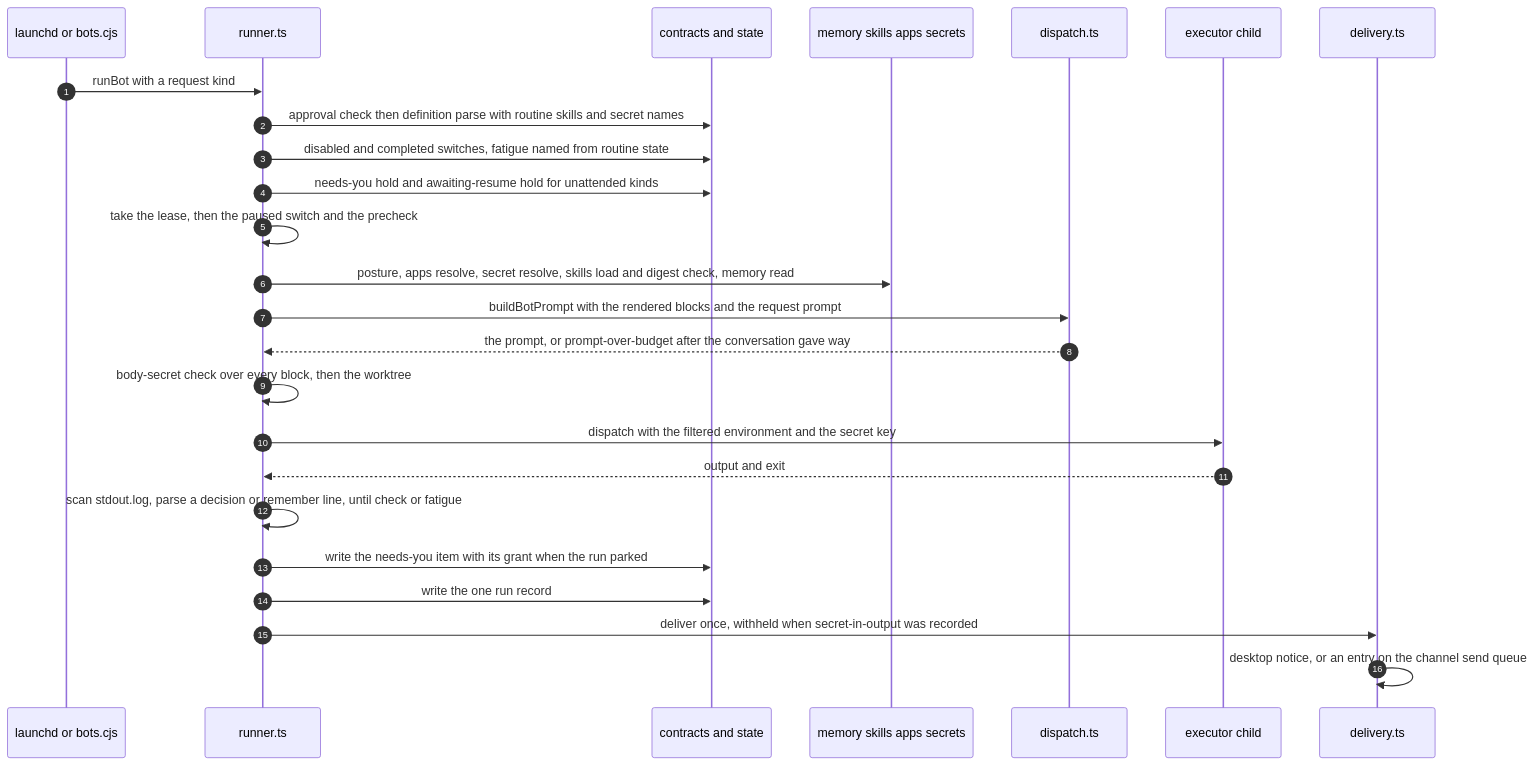
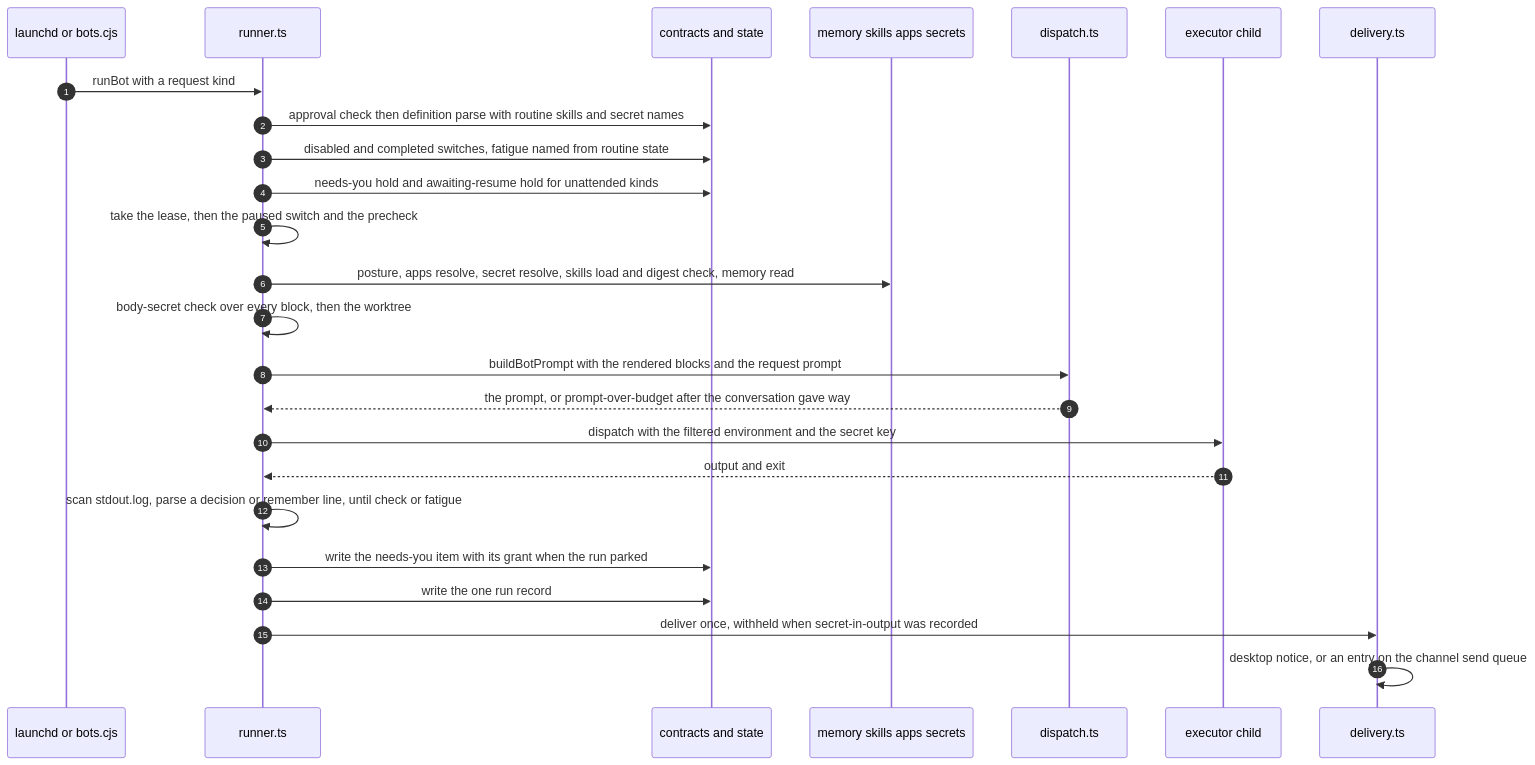
Before and after one commit to MichelKerkmeester/skilled-agent-harness_spec-driven-loops: the first of 4 diagrams in specs/system-skilled-bots/003-openbot-parity-build/contracts/runtime-architecture.md, drawn with Mermaid. The commit also changed other lines of this file and 176 other files, not shown here.

````diff
--- a/specs/system-skilled-bots/003-openbot-parity-build/contracts/runtime-architecture.md
+++ b/specs/system-skilled-bots/003-openbot-parity-build/contracts/runtime-architecture.md
@@ -192,27 +195,27 @@
 ```mermaid
 sequenceDiagram
   autonumber
   participant Cl as launchd or bots.cjs
   participant Rn as runner.ts
   participant Ct as contracts and state
   participant In as memory skills apps secrets
   participant Dp as dispatch.ts
   participant Ch as executor child
   participant Dv as delivery.ts
   Cl->>Rn: runBot with a request kind
   Rn->>Ct: approval check then definition parse with routine skills and secret names
   Rn->>Ct: disabled and completed switches, fatigue named from routine state
   Rn->>Ct: needs-you hold and awaiting-resume hold for unattended kinds
   Rn->>Rn: take the lease, then the paused switch and the precheck
   Rn->>In: posture, apps resolve, secret resolve, skills load and digest check, memory read
+  Rn->>Rn: body-secret check over every block, then the worktree
   Rn->>Dp: buildBotPrompt with the rendered blocks and the request prompt
   Dp-->>Rn: the prompt, or prompt-over-budget after the conversation gave way
-  Rn->>Rn: body-secret check over every block, then the worktree
   Rn->>Ch: dispatch with the filtered environment and the secret key
   Ch-->>Rn: output and exit
   Rn->>Rn: scan stdout.log, parse a decision or remember line, until check or fatigue
   Rn->>Ct: write the needs-you item with its grant when the run parked
   Rn->>Ct: write the one run record
   Rn->>Dv: deliver once, withheld when secret-in-output was recorded
   Dv->>Dv: desktop notice, or an entry on the channel send queue
 ```
````
